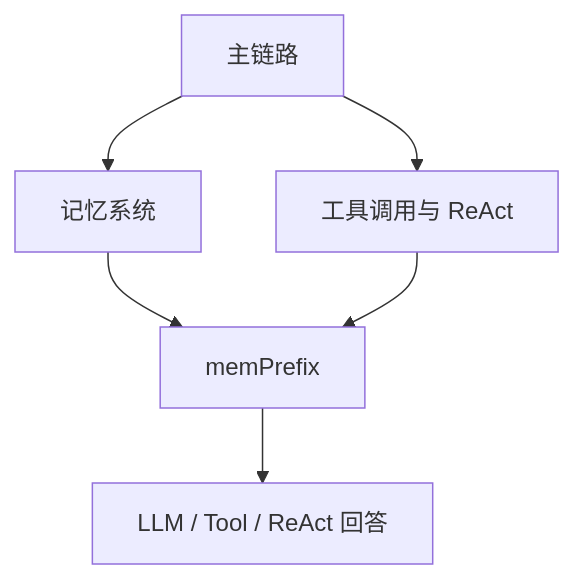
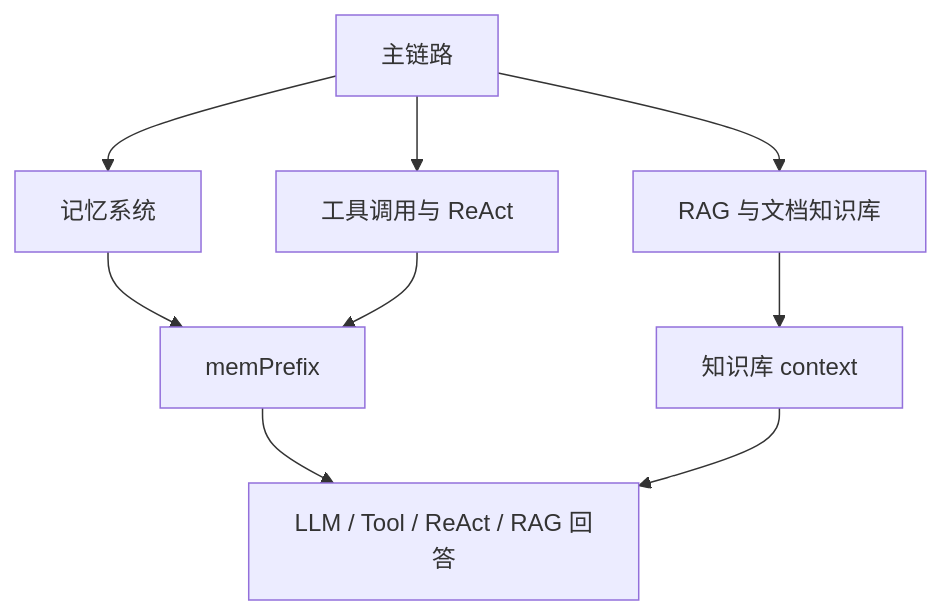
One commit to 255308153/AGI-saber changed the diagram in AGI-saber-tutorial/README.md. Above: the diagram before and after it, drawn with Mermaid. The commit also changed other lines of this file and 6 other files, not shown here.

````diff
--- a/AGI-saber-tutorial/README.md
+++ b/AGI-saber-tutorial/README.md
@@ -133,8 +189,11 @@
 ```mermaid
 flowchart TD
     A["主链路"] --> B["记忆系统"]
     A --> C["工具调用与 ReAct"]
+    A --> R["RAG 与文档知识库"]
     B --> D["memPrefix"]
     C --> D
-    D --> E["LLM / Tool / ReAct 回答"]
+    R --> K["知识库 context"]
+    D --> E["LLM / Tool / ReAct / RAG 回答"]
+    K --> E
 ```
````
